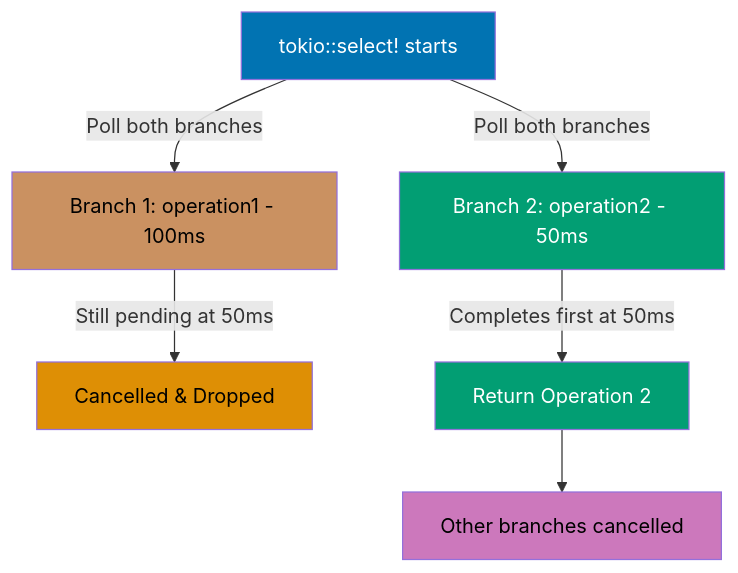
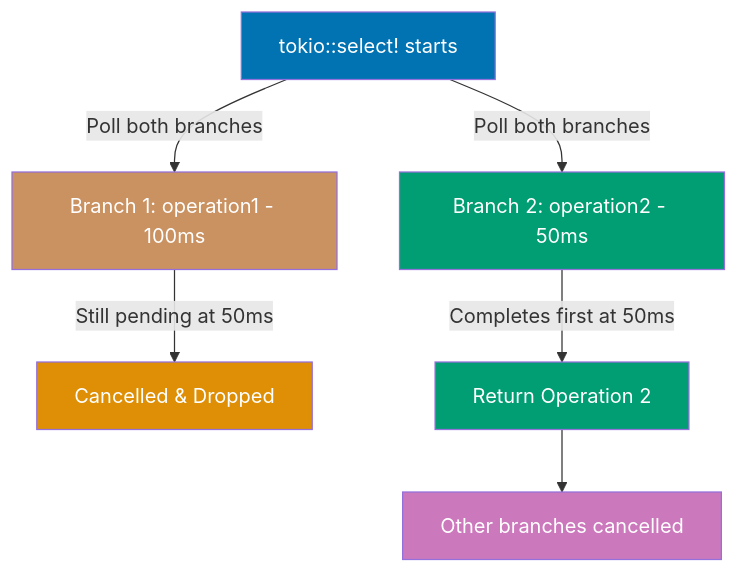
The seventh of 16 diagrams in apps/ayokoding-web/content/en/learn/software-engineering/programming-languages/rust/by-example/advanced.md (wahidyankf/open-sharia-enterprise), drawn with Mermaid before and after one commit. The commit also changed other lines of this file and 61 other files, not shown here.

First line of the commit message:
fix(ayokoding-web): quote Mermaid node labels with special characters in Example 63

````diff
--- a/apps/ayokoding-web/content/en/learn/software-engineering/programming-languages/rust/by-example/advanced.md
+++ b/apps/ayokoding-web/content/en/learn/software-engineering/programming-languages/rust/by-example/advanced.md
@@ -1598,16 +1598,16 @@
 ```mermaid
 %% Select racing multiple futures
 graph TD
     A[tokio::select! starts] -->|Poll both branches| B[Branch 1: operation1 - 100ms]
     A -->|Poll both branches| C[Branch 2: operation2 - 50ms]
     B -->|Still pending at 50ms| D[Cancelled & Dropped]
     C -->|Completes first at 50ms| E[Return Operation 2]
     E --> F[Other branches cancelled]
 
     style A fill:#0173B2,color:#fff
-    style B fill:#CA9161,color:#000
+    style B fill:#CA9161,color:#fff
     style C fill:#029E73,color:#fff
-    style D fill:#DE8F05,color:#000
+    style D fill:#DE8F05,color:#fff
     style E fill:#029E73,color:#fff
-    style F fill:#CC78BC,color:#000
+    style F fill:#CC78BC,color:#fff
 ```
````
